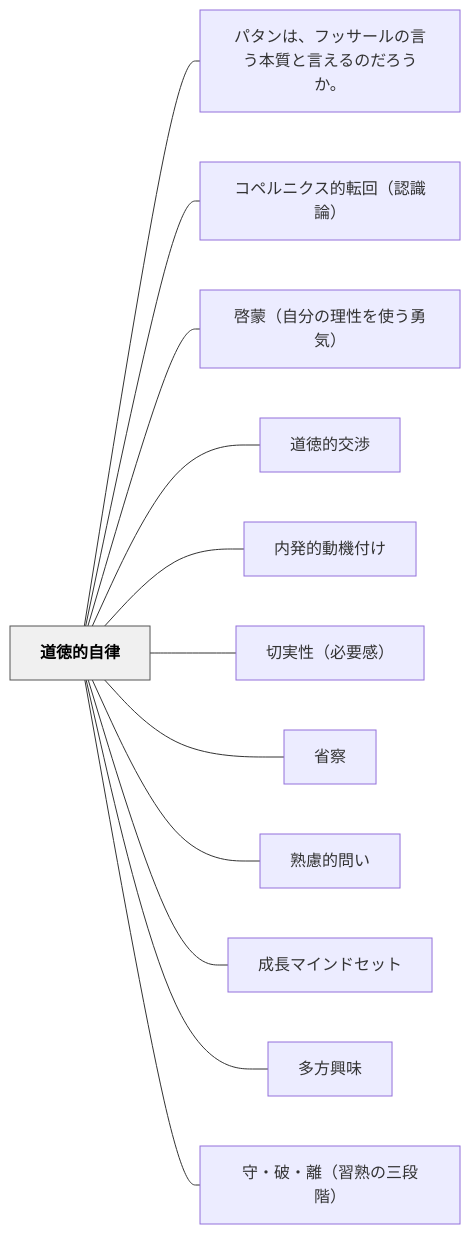
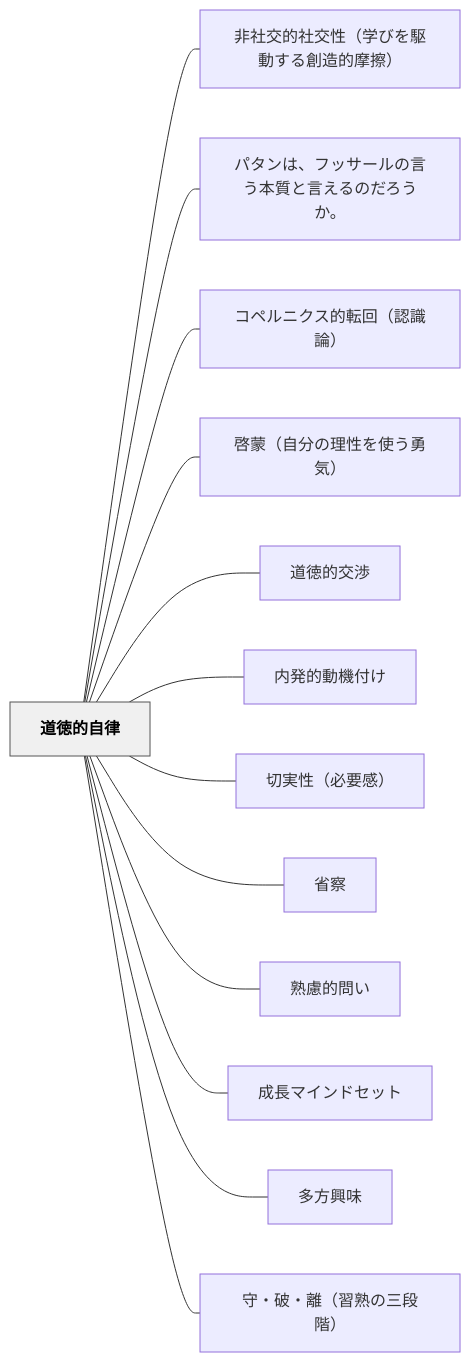
The diagram in content/パタン/道徳的自律.md (unknownthings-ed-patterns/unknownthings-ed-patterns), drawn with Mermaid before and after one commit. The commit also changed other lines of this file and 14 other files, not shown here.

````diff
--- a/content/パタン/道徳的自律.md
+++ b/content/パタン/道徳的自律.md
@@ -111,30 +112,32 @@
 ```mermaid
 flowchart LR
     ne98193e5beb3e79a84e887aae5be8b["道徳的自律"]
+    ne99d9ee7a4bee4baa4e79a84e7a4bee4baa4e680a7efbc88e5ada6e381b3e38292e9a786e58b95e38199e3828be589b5e980a0e79a84e691a9e693a6efbc89["非社交的社交性（学びを駆動する創造的摩擦）"]
     ne38391e382bfe383b3e381afe38081e38395e38383e382b5e383bce383abe381aee8a880e38186e69cace8b3aae381a8e8a880e38188e3828be381aee381a0e3828de38186e3818be38082["パタンは、フッサールの言う本質と言えるのだろうか。"]
     ne382b3e3839ae383abe3838be382afe382b9e79a84e8bba2e59b9eefbc88e8aa8de8ad98e8ab96efbc89["コペルニクス的転回（認識論）"]
     ne59593e89299efbc88e887aae58886e381aee79086e680a7e38292e4bdbfe38186e58b87e6b097efbc89["啓蒙（自分の理性を使う勇気）"]
     ne98193e5beb3e79a84e4baa4e6b889["道徳的交渉"]
     ne58685e799bae79a84e58b95e6a99fe4bb98e38191["内発的動機付け"]
     ne58887e5ae9fe680a7efbc88e5bf85e8a681e6849fefbc89["切実性（必要感）"]
     ne79c81e5af9f["省察"]
     ne7869fe685aee79a84e5958fe38184["熟慮的問い"]
     ne68890e995b7e3839ee382a4e383b3e38389e382bbe38383e38388["成長マインドセット"]
     ne5a49ae696b9e88888e591b3["多方興味"]
     ne5ae88e383bbe7a0b4e383bbe99ba2efbc88e7bf92e7869fe381aee4b889e6aeb5e99a8eefbc89["守・破・離（習熟の三段階）"]
 
+    ne98193e5beb3e79a84e887aae5be8b --- ne99d9ee7a4bee4baa4e79a84e7a4bee4baa4e680a7efbc88e5ada6e381b3e38292e9a786e58b95e38199e3828be589b5e980a0e79a84e691a9e693a6efbc89
     ne98193e5beb3e79a84e887aae5be8b --- ne38391e382bfe383b3e381afe38081e38395e38383e382b5e383bce383abe381aee8a880e38186e69cace8b3aae381a8e8a880e38188e3828be381aee381a0e3828de38186e3818be38082
     ne98193e5beb3e79a84e887aae5be8b --- ne382b3e3839ae383abe3838be382afe382b9e79a84e8bba2e59b9eefbc88e8aa8de8ad98e8ab96efbc89
     ne98193e5beb3e79a84e887aae5be8b --- ne59593e89299efbc88e887aae58886e381aee79086e680a7e38292e4bdbfe38186e58b87e6b097efbc89
     ne98193e5beb3e79a84e887aae5be8b --- ne98193e5beb3e79a84e4baa4e6b889
     ne98193e5beb3e79a84e887aae5be8b --- ne58685e799bae79a84e58b95e6a99fe4bb98e38191
     ne98193e5beb3e79a84e887aae5be8b --- ne58887e5ae9fe680a7efbc88e5bf85e8a681e6849fefbc89
     ne98193e5beb3e79a84e887aae5be8b --- ne79c81e5af9f
     ne98193e5beb3e79a84e887aae5be8b --- ne7869fe685aee79a84e5958fe38184
     ne98193e5beb3e79a84e887aae5be8b --- ne68890e995b7e3839ee382a4e383b3e38389e382bbe38383e38388
     ne98193e5beb3e79a84e887aae5be8b --- ne5a49ae696b9e88888e591b3
     ne98193e5beb3e79a84e887aae5be8b --- ne5ae88e383bbe7a0b4e383bbe99ba2efbc88e7bf92e7869fe381aee4b889e6aeb5e99a8eefbc89
 
     classDef hub fill:#f0f0f0,stroke:#555,color:#000,font-weight:bold
     class ne98193e5beb3e79a84e887aae5be8b hub
 ```
````
